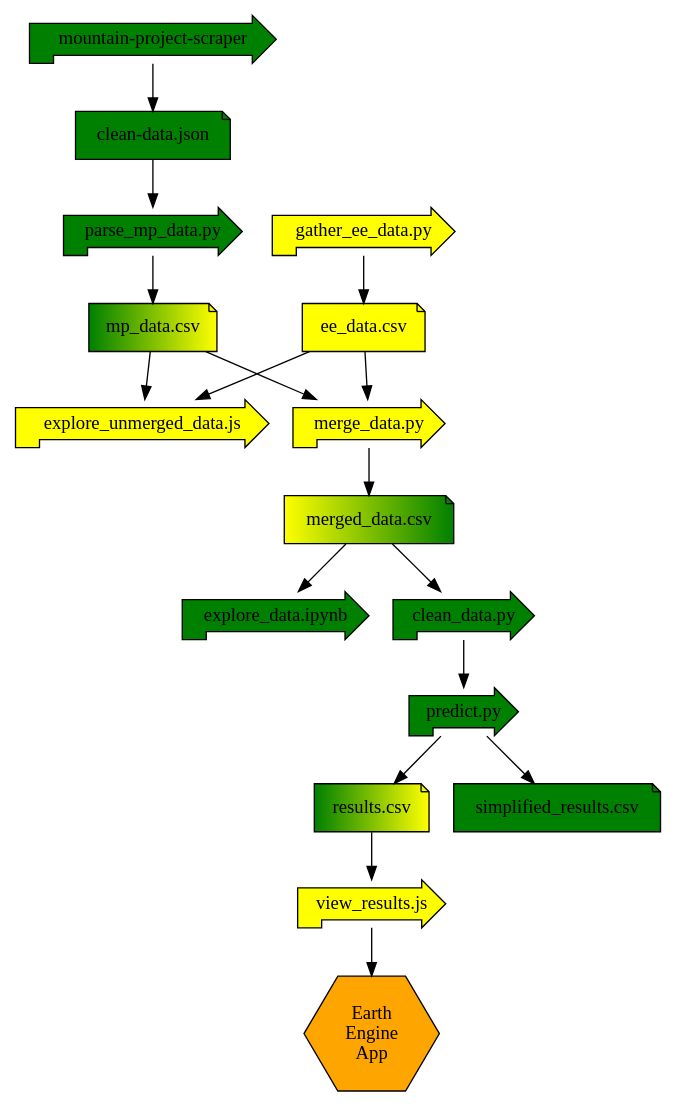
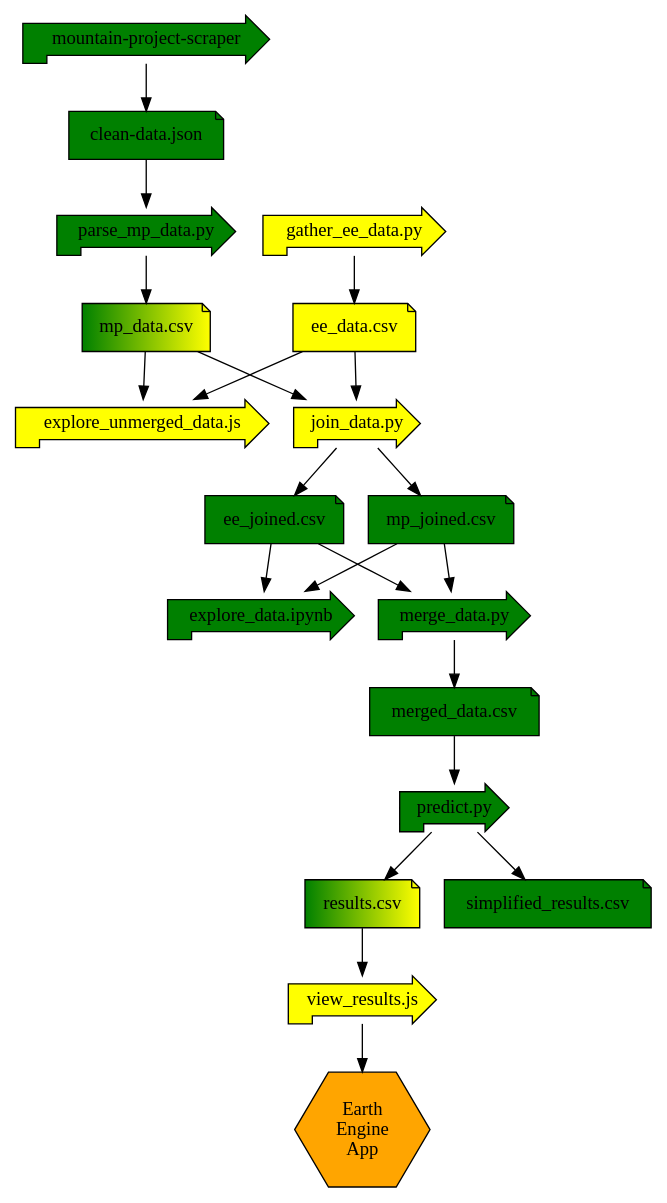
The diagram in assets/pipeline.dot (zebengberg/big-wall-finder), drawn with Graphviz before and after one commit. The commit also changed 1 other file, not shown here.

```diff
--- a/assets/pipeline.dot
+++ b/assets/pipeline.dot
@@ -1,31 +1,36 @@
 # To render as image, run: $ dot -Tpng pipeline.dot -o pipeline.png
 
 digraph G {
   node [fontname = "Menlo"; style = filled]
 
   mp_scrape [label = "mountain-project-scraper"; shape = rpromoter; fillcolor = green]
   json [label = "clean-data.json"; shape = note; fillcolor = green]
   parse_mp [label = "parse_mp_data.py"; shape = rpromoter; fillcolor = green]
   mp_data [label = "mp_data.csv"; shape = note; fillcolor = "green:yellow"]
-  explore_unmerged [label = "explore_unmerged_data.js"; shape = rpromoter; fillcolor = yellow]
 
   gather_ee [label = "gather_ee_data.py"; shape = rpromoter; fillcolor = yellow]
   ee_data [label = "ee_data.csv"; shape = note; fillcolor = yellow]
-  merge_data [label = "merge_data.py"; shape = rpromoter; fillcolor = "yellow"]
-  merged_data [label = "merged_data.csv"; shape = note; fillcolor = "yellow:green"]
+
+  explore_unmerged [label = "explore_unmerged_data.js"; shape = rpromoter; fillcolor = yellow]
+
+  join_data [label = "join_data.py"; shape = rpromoter; fillcolor = "yellow"]
+  ee_joined [label = "ee_joined.csv"; shape = note; fillcolor = "green"]
+  mp_joined [label = "mp_joined.csv"; shape = note; fillcolor = "green"]
+
   explore_data [label = "explore_data.ipynb"; shape = rpromoter; fillcolor = green]
+  merge_data [label = "merge_data.py"; shape = rpromoter; fillcolor = "green"]
+  merged_data [label = "merged_data.csv"; shape = note; fillcolor = "green"]
 
-  clean_data [label = "clean_data.py"; shape = rpromoter; fillcolor = green]
   predict [label = "predict.py"; shape = rpromoter; fillcolor = green]
   results [label = "results.csv"; shape = note; fillcolor = "green:yellow"]
   simplified_results [label = "simplified_results.csv"; shape = note; fillcolor = "green"]
 
   view_results [label = "view_results.js"; shape = rpromoter; fillcolor = yellow]
   app [label = "Earth\nEngine\nApp"; shape = hexagon; fillcolor = orange]
 
-  mp_scrape -> json -> parse_mp -> mp_data -> {explore_unmerged, merge_data}
-  gather_ee -> ee_data -> {explore_unmerged, merge_data}
-  merge_data -> merged_data -> {explore_data, clean_data}
-  clean_data -> predict -> {results, simplified_results}
+  mp_scrape -> json -> parse_mp -> mp_data -> {explore_unmerged, join_data}
+  gather_ee -> ee_data -> {explore_unmerged, join_data}
+  join_data -> {ee_joined, mp_joined} -> {explore_data, merge_data}
+  merge_data -> merged_data -> predict -> {results, simplified_results}
   results -> view_results -> app
 }
```
